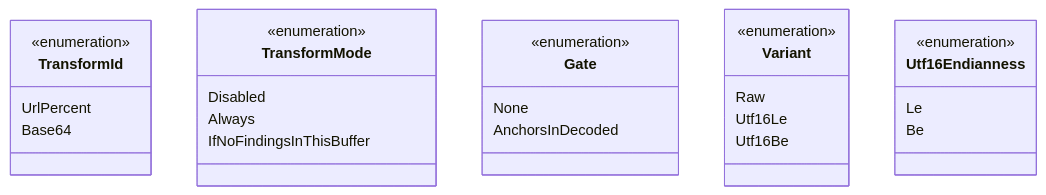
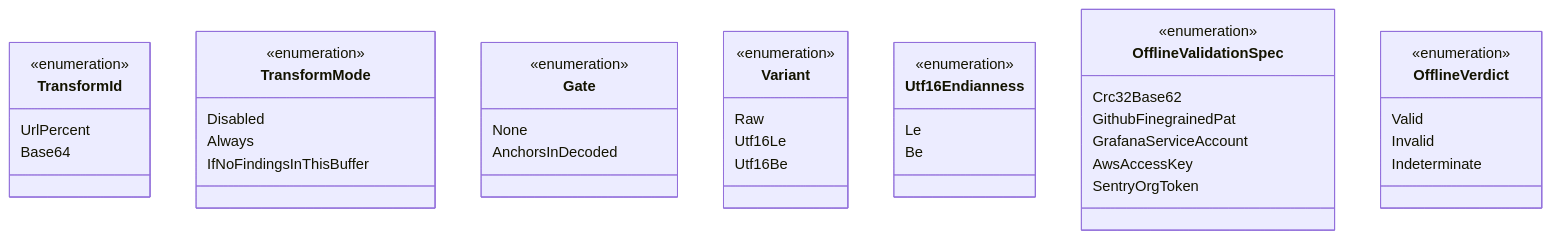
Before and after one commit to ahrav/scratch-scanner-rs: the fourth of 6 diagrams in docs/data-types.md, drawn with Mermaid. The commit also changed other lines of this file and 2 other files, not shown here.

Commit message:
Update docs for offline validation data model and engine flow
Add OfflineValidationSpec/OfflineVerdict enums, gate pool, and compiled
index to data-types.md class diagrams. Add offline_suppressed counter to
ScanScratch. Document post-scan filtering stage in detection-engine.md
flow diagram and stage details. Add offline_validation to detection-rules
snapshot counts and suppression controls table.

````diff
--- a/docs/data-types.md
+++ b/docs/data-types.md
@@ -364,34 +374,50 @@
 ```mermaid
 classDiagram
     class TransformId {
         <<enumeration>>
         UrlPercent
         Base64
     }
 
     class TransformMode {
         <<enumeration>>
         Disabled
         Always
         IfNoFindingsInThisBuffer
     }
 
     class Gate {
         <<enumeration>>
         None
         AnchorsInDecoded
     }
 
     class Variant {
         <<enumeration>>
         Raw
         Utf16Le
         Utf16Be
     }
 
     class Utf16Endianness {
         <<enumeration>>
         Le
         Be
     }
+
+    class OfflineValidationSpec {
+        <<enumeration>>
+        Crc32Base62
+        GithubFinegrainedPat
+        GrafanaServiceAccount
+        AwsAccessKey
+        SentryOrgToken
+    }
+
+    class OfflineVerdict {
+        <<enumeration>>
+        Valid
+        Invalid
+        Indeterminate
+    }
 ```
````
